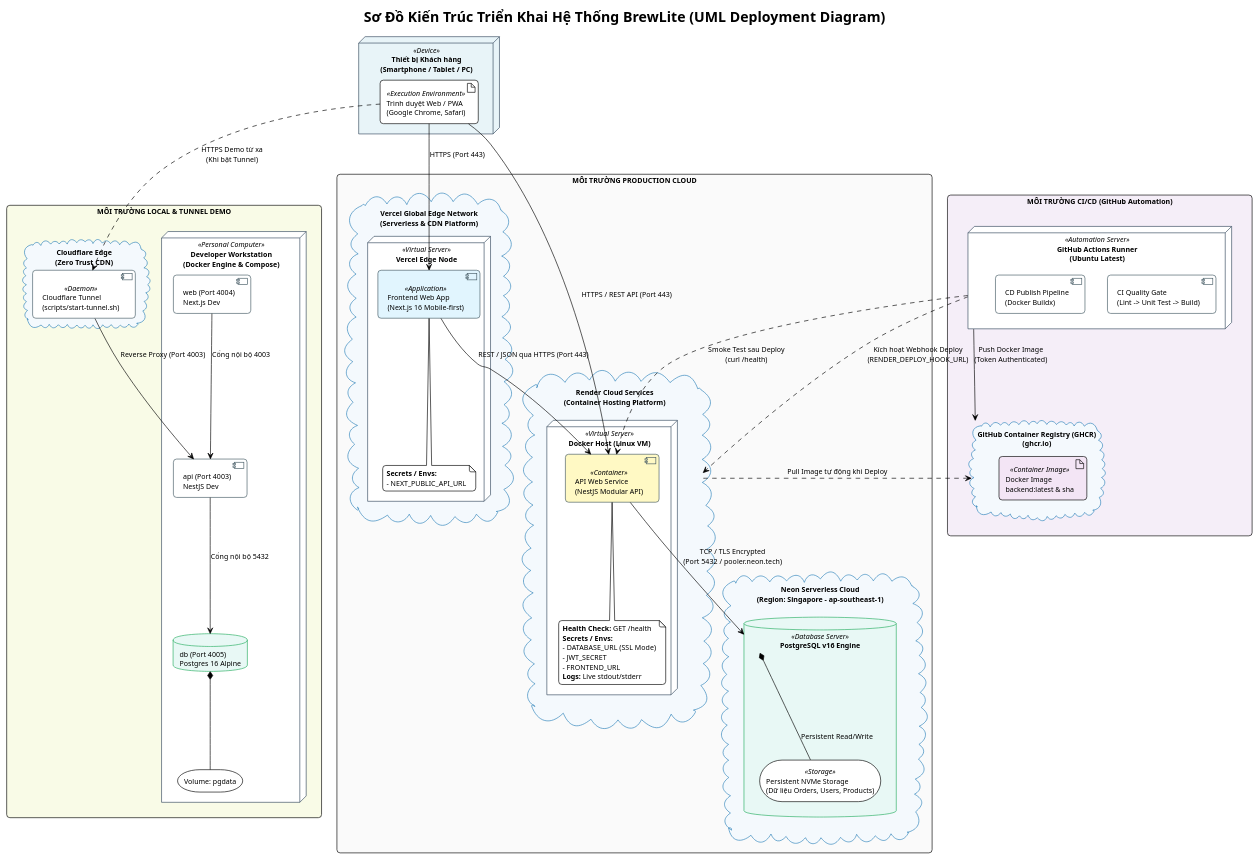
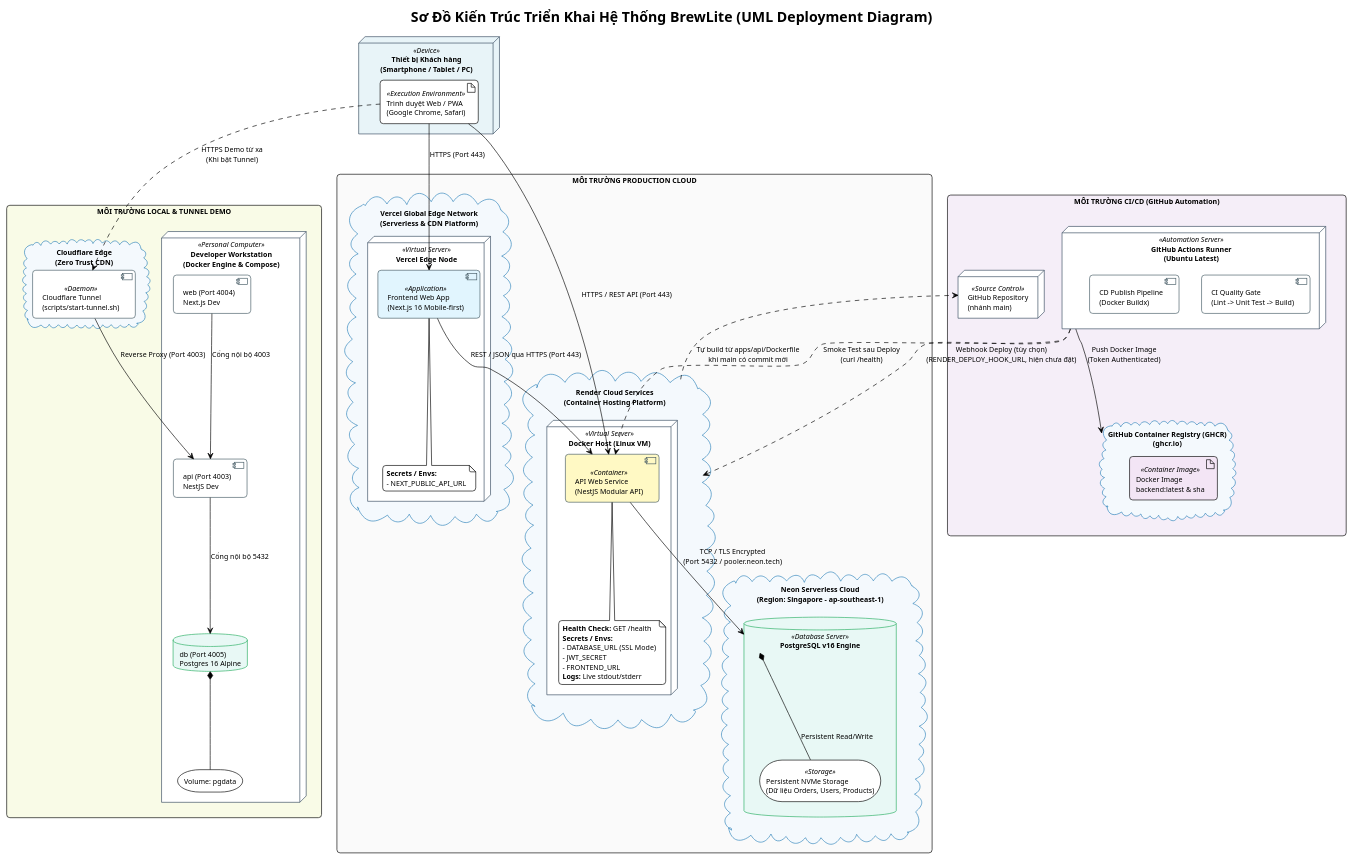
One commit to Longcodepro/Project_SE_Assignment02_HK1_2026_2027 changed the diagram in docs/diagrams/deployment.puml. Above: the diagram before and after it, drawn with PlantUML. The commit also changed 2 other files, not shown here.

Commit message:
docs(task-3.2a): ghi đúng cơ chế deploy: Render tự build theo Git, webhook và smoke test chỉ chạy khi có secret

```diff
--- a/docs/diagrams/deployment.puml
+++ b/docs/diagrams/deployment.puml
@@ -1,123 +1,125 @@
 @startuml
 !theme plain
 skinparam defaultFontName "Segoe UI", Arial, sans-serif
 skinparam defaultFontSize 11
 skinparam roundcorner 10
 skinparam shadowing false
 skinparam packageStyle rectangle
 
 skinparam node {
   BorderColor #34495E
   BackgroundColor #FFFFFF
 }
 skinparam cloud {
   BorderColor #2980B9
   BackgroundColor #F4F9FD
 }
 skinparam database {
   BorderColor #27AE60
   BackgroundColor #E8F8F5
 }
 skinparam component {
   BorderColor #455A64
   BackgroundColor #FFFFFF
 }
 
 title Sơ Đồ Kiến Trúc Triển Khai Hệ Thống BrewLite (UML Deployment Diagram)
 
 ' ========================================================
 ' THIẾT BỊ NGƯỜI DÙNG
 ' ========================================================
 node "Thiết bị Khách hàng\n(Smartphone / Tablet / PC)" as ClientDevice <<Device>> #E8F4F8 {
   artifact "Trình duyệt Web / PWA\n(Google Chrome, Safari)" as WebBrowser <<Execution Environment>>
 }
 
 ' ========================================================
 ' 1. RANH GIỚI PRODUCTION CLOUD
 ' ========================================================
 package "MÔI TRƯỜNG PRODUCTION CLOUD" as ProdBoundary #FAFAFA {
   
   cloud "Vercel Global Edge Network\n(Serverless & CDN Platform)" as VercelPlatform {
     node "Vercel Edge Node" <<Virtual Server>> {
       component "Frontend Web App\n(Next.js 16 Mobile-first)" as ProdWeb <<Application>> #E1F5FE
       note bottom of ProdWeb
         **Secrets / Envs:**
         - NEXT_PUBLIC_API_URL
       end note
     }
   }
 
   cloud "Render Cloud Services\n(Container Hosting Platform)" as RenderPlatform {
     node "Docker Host (Linux VM)" <<Virtual Server>> {
       component "API Web Service\n(NestJS Modular API)" as ProdAPI <<Container>> #FFF9C4
       note bottom of ProdAPI
         **Health Check:** GET /health
         **Secrets / Envs:**
         - DATABASE_URL (SSL Mode)
         - JWT_SECRET
         - FRONTEND_URL
         **Logs:** Live stdout/stderr
       end note
     }
   }
 
   cloud "Neon Serverless Cloud\n(Region: Singapore - ap-southeast-1)" as NeonPlatform {
     database "PostgreSQL v16 Engine" as NeonDB <<Database Server>> #E8F8F5 {
       storage "Persistent NVMe Storage\n(Dữ liệu Orders, Users, Products)" as NeonStorage <<Storage>>
     }
   }
 }
 
 ' ========================================================
 ' 2. RANH GIỚI CI/CD AUTOMATION
 ' ========================================================
 package "MÔI TRƯỜNG CI/CD (GitHub Automation)" as CIBoundary #F5EEF8 {
   node "GitHub Actions Runner\n(Ubuntu Latest)" as CIRunner <<Automation Server>> {
     component "CI Quality Gate\n(Lint -> Unit Test -> Build)" as CIJob
     component "CD Publish Pipeline\n(Docker Buildx)" as CDJob
   }
   
+  node "GitHub Repository\n(nhánh main)" as GitRepo <<Source Control>>
+
   cloud "GitHub Container Registry (GHCR)\n(ghcr.io)" as GHCR {
     artifact "Docker Image\nbackend:latest & sha" as BackendImage <<Container Image>> #F3E5F5
   }
 }
 
 ' ========================================================
 ' 3. RANH GIỚI MÔI TRƯỜNG LOCAL & TUNNEL DEMO
 ' ========================================================
 package "MÔI TRƯỜNG LOCAL & TUNNEL DEMO" as LocalBoundary #F9FBE7 {
   node "Developer Workstation\n(Docker Engine & Compose)" as LocalHost <<Personal Computer>> {
     component "web (Port 4004)\nNext.js Dev" as LocalWeb
     component "api (Port 4003)\nNestJS Dev" as LocalAPI
     database "db (Port 4005)\nPostgres 16 Alpine" as LocalDB
     storage "Volume: pgdata" as LocalVolume
     
     LocalDB *-- LocalVolume
     LocalAPI --> LocalDB : Cổng nội bộ 5432
     LocalWeb --> LocalAPI : Cổng nội bộ 4003
   }
   
   cloud "Cloudflare Edge\n(Zero Trust CDN)" as CFCloud {
     component "Cloudflare Tunnel\n(scripts/start-tunnel.sh)" as CFTunnel <<Daemon>>
   }
   CFTunnel --> LocalAPI : Reverse Proxy (Port 4003)
 }
 
 ' ========================================================
 ' KẾT NỐI, GIAO THỨC VÀ ĐƯỜNG DẪN MẠNG
 ' ========================================================
 WebBrowser --> ProdWeb : HTTPS (Port 443)
 WebBrowser --> ProdAPI : HTTPS / REST API (Port 443)
 WebBrowser ..> CFTunnel : HTTPS Demo từ xa\n(Khi bật Tunnel)
 
 ProdWeb --> ProdAPI : REST / JSON qua HTTPS (Port 443)
 ProdAPI --> NeonDB : TCP / TLS Encrypted\n(Port 5432 / pooler.neon.tech)
 NeonDB *-- NeonStorage : Persistent Read/Write
 
 ' Luồng CI/CD
 CIRunner --> GHCR : Push Docker Image\n(Token Authenticated)
-RenderPlatform ..> GHCR : Pull Image tự động khi Deploy
-CIRunner ..> RenderPlatform : Kích hoạt Webhook Deploy\n(RENDER_DEPLOY_HOOK_URL)
+RenderPlatform ..> GitRepo : Tự build từ apps/api/Dockerfile\nkhi main có commit mới
+CIRunner ..> RenderPlatform : Webhook Deploy (tùy chọn)\n(RENDER_DEPLOY_HOOK_URL, hiện chưa đặt)
 CIRunner ..> ProdAPI : Smoke Test sau Deploy\n(curl /health)
 
 @enduml
```
